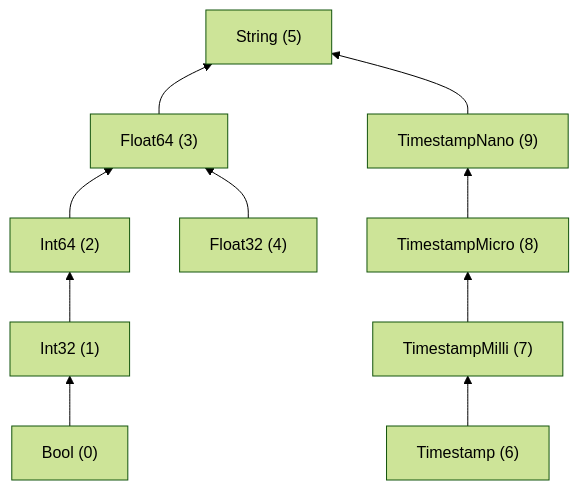
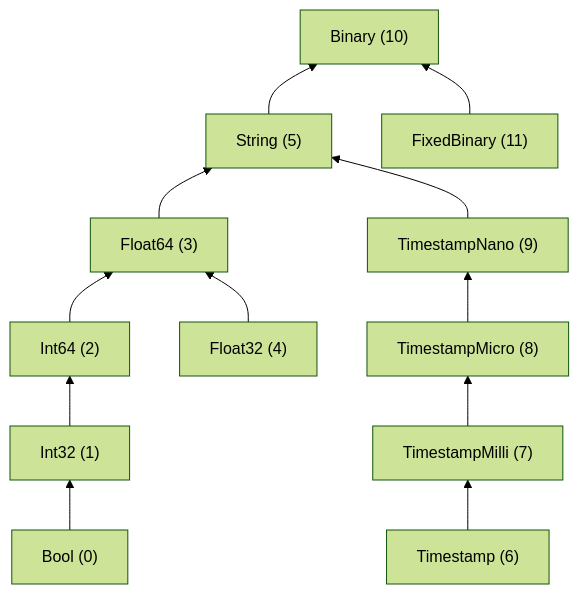
The second of 2 diagrams in blog/2026-07-22-deep-dive-into-olake-architecture.mdx (datazip-inc/olake-docs), drawn with Mermaid (forest theme) before and after one commit. The commit also changed other lines of this file and 65 other files, not shown here.

````diff
--- a/blog/2026-07-22-deep-dive-into-olake-architecture.mdx
+++ b/blog/2026-07-22-deep-dive-into-olake-architecture.mdx
@@ -957,12 +967,14 @@
 ```mermaid
 flowchart BT
     Bool["Bool (0)"] --> Int32["Int32 (1)"]
     Int32 --> Int64["Int64 (2)"]
     Int64 --> Float64["Float64 (3)"]
     Float32["Float32 (4)"] --> Float64
     Timestamp["Timestamp (6)"] --> TimestampMilli["TimestampMilli (7)"]
     TimestampMilli --> TimestampMicro["TimestampMicro (8)"]
     TimestampMicro --> TimestampNano["TimestampNano (9)"]
     Float64 --> String["String (5)"]
     TimestampNano --> String
+    String --> Binary["Binary (10)"]
+    FixedBinary["FixedBinary (11)"] --> Binary
 ```
````
